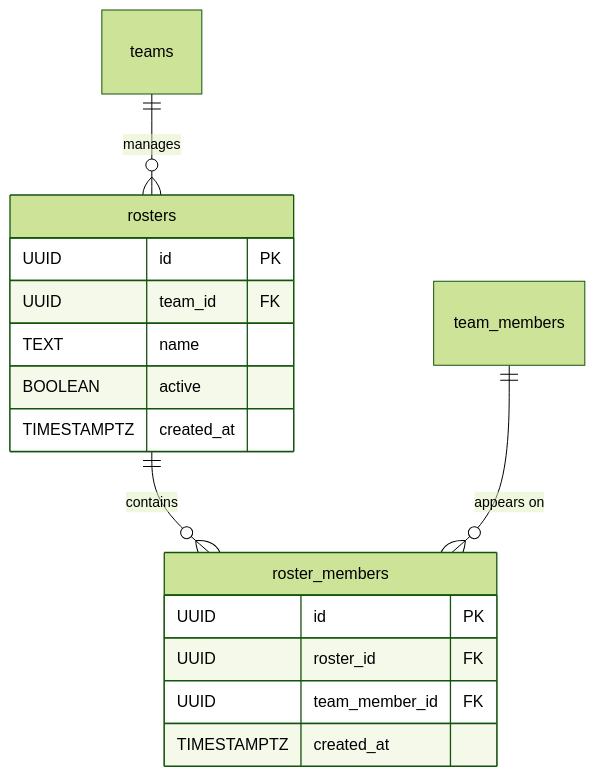
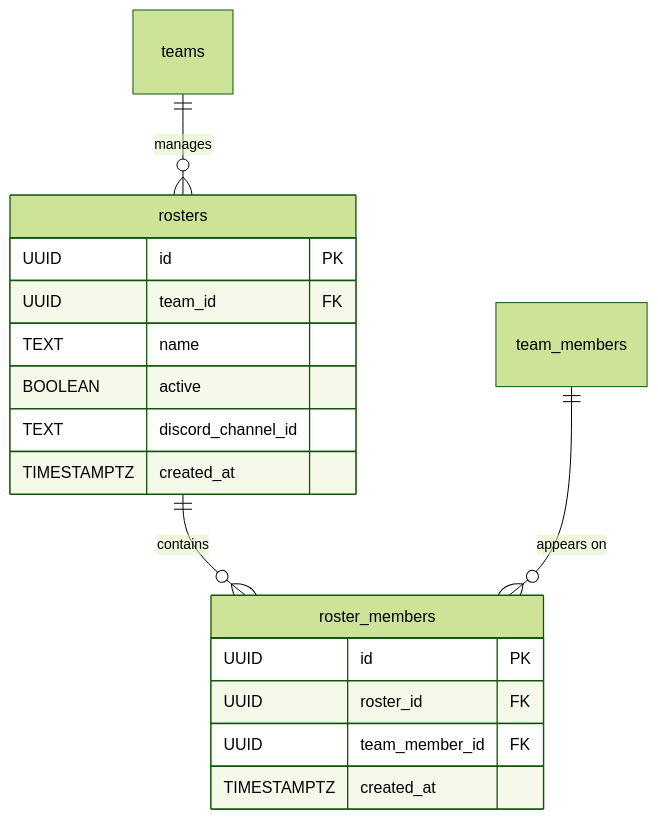
Before and after one commit to maxa-ondrej/sideline: the tenth of 12 diagrams in docs/thesis/er-diagram.md, drawn with Mermaid (forest theme). The commit also changed other lines of this file and 56 other files, not shown here.

First line of the commit message:
Add discord channel linking to rosters (#146)

````diff
--- a/docs/thesis/er-diagram.md
+++ b/docs/thesis/er-diagram.md
@@ -529,21 +537,22 @@
 ```mermaid
 erDiagram
     rosters {
         UUID id PK
         UUID team_id FK
         TEXT name
         BOOLEAN active
+        TEXT discord_channel_id
         TIMESTAMPTZ created_at
     }
 
     roster_members {
         UUID id PK
         UUID roster_id FK
         UUID team_member_id FK
         TIMESTAMPTZ created_at
     }
 
     teams ||--o{ rosters : "manages"
     rosters ||--o{ roster_members : "contains"
     team_members ||--o{ roster_members : "appears on"
 ```
````
